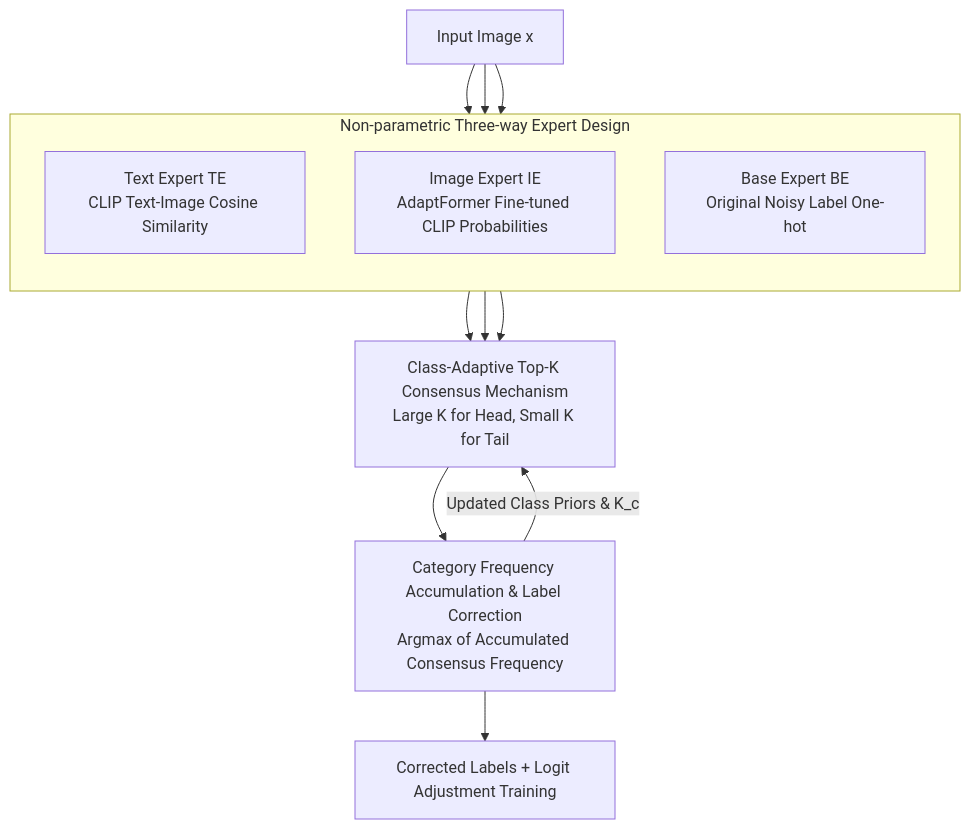
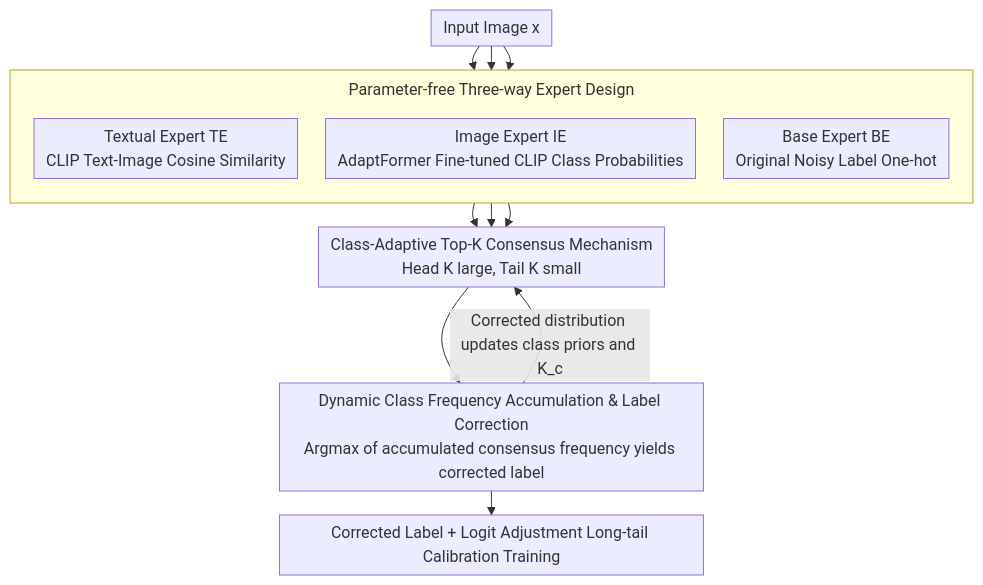
Before and after one commit to zhaoyang97/Paper-Notes-en: the diagram in docs/ICML2026/information_retrieval/care_class-adaptive_expert_consensus_for_reliable_learning_with_long-tailed_nois.md, drawn with Mermaid. The commit also changed other lines of this file and 5084 other files, not shown here.

````diff
--- a/docs/ICML2026/information_retrieval/care_class-adaptive_expert_consensus_for_reliable_learning_with_long-tailed_nois.md
+++ b/docs/ICML2026/information_retrieval/care_class-adaptive_expert_consensus_for_reliable_learning_with_long-tailed_nois.md
@@ -45,19 +45,20 @@
 ```mermaid
-graph TD
+%%{init: {'flowchart': {'rankSpacing': 24, 'nodeSpacing': 28, 'padding': 6, 'wrappingWidth': 400, 'subGraphTitleMargin': {'top': 8, 'bottom': 16}}}}%%
+flowchart TD
     X["Input Image x"]
-    subgraph E3["Non-parametric Three-way Expert Design"]
+    subgraph E3["Parameter-free Three-way Expert Design"]
         direction TB
-        TE["Text Expert TE<br/>CLIP Text-Image Cosine Similarity"]
-        IE["Image Expert IE<br/>AdaptFormer Fine-tuned CLIP Probabilities"]
+        TE["Textual Expert TE<br/>CLIP Text-Image Cosine Similarity"]
+        IE["Image Expert IE<br/>AdaptFormer Fine-tuned CLIP Class Probabilities"]
         BE["Base Expert BE<br/>Original Noisy Label One-hot"]
     end
     X --> TE
     X --> IE
     X --> BE
-    TE --> K["Class-Adaptive Top-K Consensus Mechanism<br/>Large K for Head, Small K for Tail"]
+    TE --> K["Class-Adaptive Top-K Consensus Mechanism<br/>Head K large, Tail K small"]
     IE --> K
     BE --> K
-    K --> F["Category Frequency Accumulation & Label Correction<br/>Argmax of Accumulated Consensus Frequency"]
-    F --> L["Corrected Labels + Logit Adjustment Training"]
-    F -->|Updated Class Priors & K_c| K
+    K --> F["Dynamic Class Frequency Accumulation & Label Correction<br/>Argmax of accumulated consensus frequency yields corrected label"]
+    F --> L["Corrected Label + Logit Adjustment Long-tail Calibration Training"]
+    F -->|Corrected distribution updates class priors and K_c| K
 ```
````
